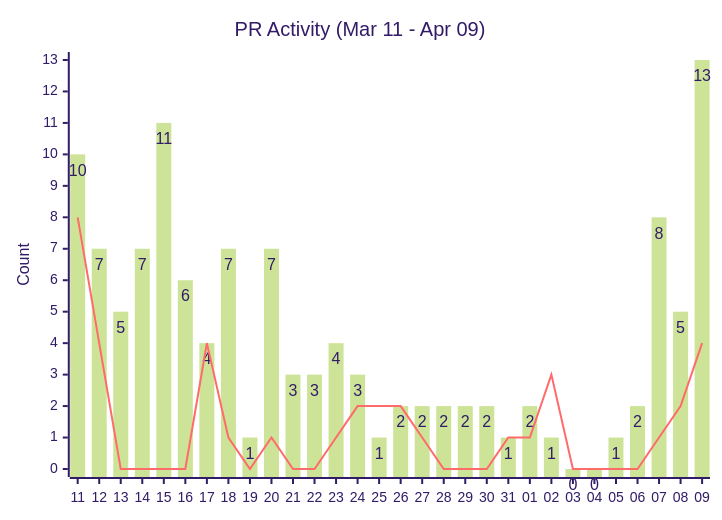
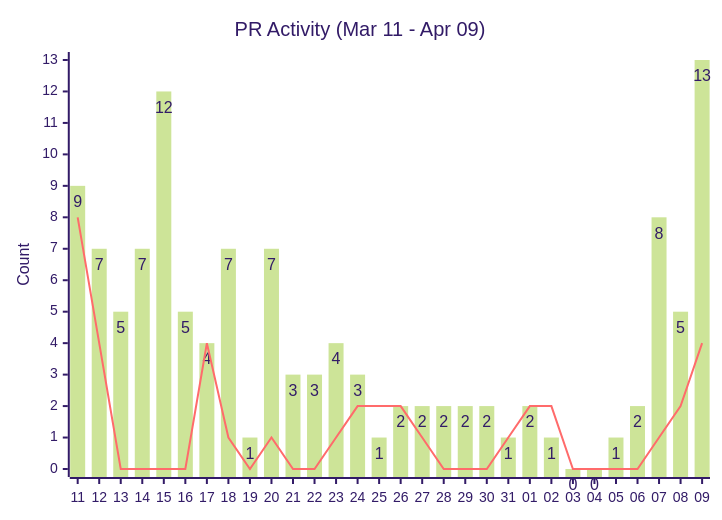
The second of 7 diagrams in triage/CONTRIBUTION_METRICS.md (cocosheng-g/gemini-cli), drawn with Mermaid (forest theme) before and after one commit. The commit also changed other lines of this file, not shown here.

````diff
--- a/triage/CONTRIBUTION_METRICS.md
+++ b/triage/CONTRIBUTION_METRICS.md
@@ -28,13 +28,13 @@
 ```mermaid
 ---
 config:
   xyChart:
     showDataLabel: true
 ---
 xychart-beta
     title "PR Activity (Mar 11 - Apr 09)"
     x-axis ["11", "12​", "13​​", "14​​​", "15​​​​", "16​​​​​", "17​​​​​​", "18​​​​​​​", "19​​​​​​​​", "20​​​​​​​​​", "21​​​​​​​​​​", "22​​​​​​​​​​​", "23​​​​​​​​​​​​", "24​​​​​​​​​​​​​", "25​​​​​​​​​​​​​​", "26​​​​​​​​​​​​​​​", "27​​​​​​​​​​​​​​​​", "28​​​​​​​​​​​​​​​​​", "29​​​​​​​​​​​​​​​​​​", "30​​​​​​​​​​​​​​​​​​​", "31​​​​​​​​​​​​​​​​​​​​", "01​​​​​​​​​​​​​​​​​​​​​", "02​​​​​​​​​​​​​​​​​​​​​​", "03​​​​​​​​​​​​​​​​​​​​​​​", "04​​​​​​​​​​​​​​​​​​​​​​​​", "05​​​​​​​​​​​​​​​​​​​​​​​​​", "06​​​​​​​​​​​​​​​​​​​​​​​​​​", "07​​​​​​​​​​​​​​​​​​​​​​​​​​​", "08​​​​​​​​​​​​​​​​​​​​​​​​​​​​", "09​​​​​​​​​​​​​​​​​​​​​​​​​​​​​"]
     y-axis "Count"
-    bar [10, 7, 5, 7, 11, 6, 4, 7, 1, 7, 3, 3, 4, 3, 1, 2, 2, 2, 2, 2, 1, 2, 1, 0, 0, 1, 2, 8, 5, 13]
-    line [8, 4, 0, 0, 0, 0, 4, 1, 0, 1, 0, 0, 1, 2, 2, 2, 1, 0, 0, 0, 1, 1, 3, 0, 0, 0, 0, 1, 2, 4]
+    bar [9, 7, 5, 7, 12, 5, 4, 7, 1, 7, 3, 3, 4, 3, 1, 2, 2, 2, 2, 2, 1, 2, 1, 0, 0, 1, 2, 8, 5, 13]
+    line [8, 4, 0, 0, 0, 0, 4, 1, 0, 1, 0, 0, 1, 2, 2, 2, 1, 0, 0, 0, 1, 2, 2, 0, 0, 0, 0, 1, 2, 4]
 ```
````
